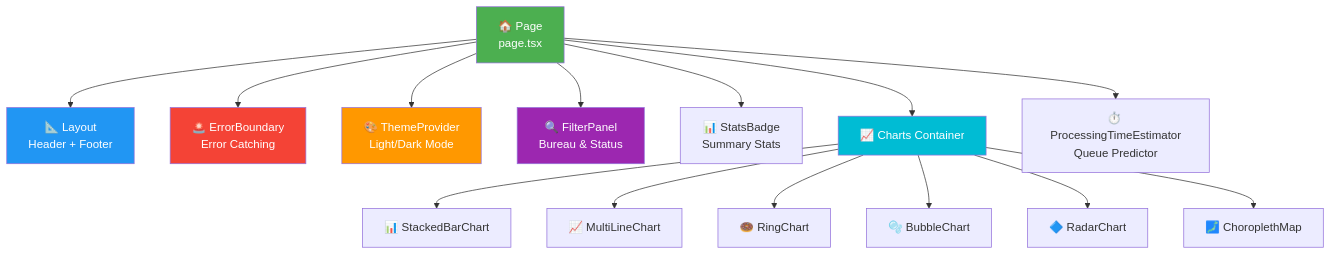
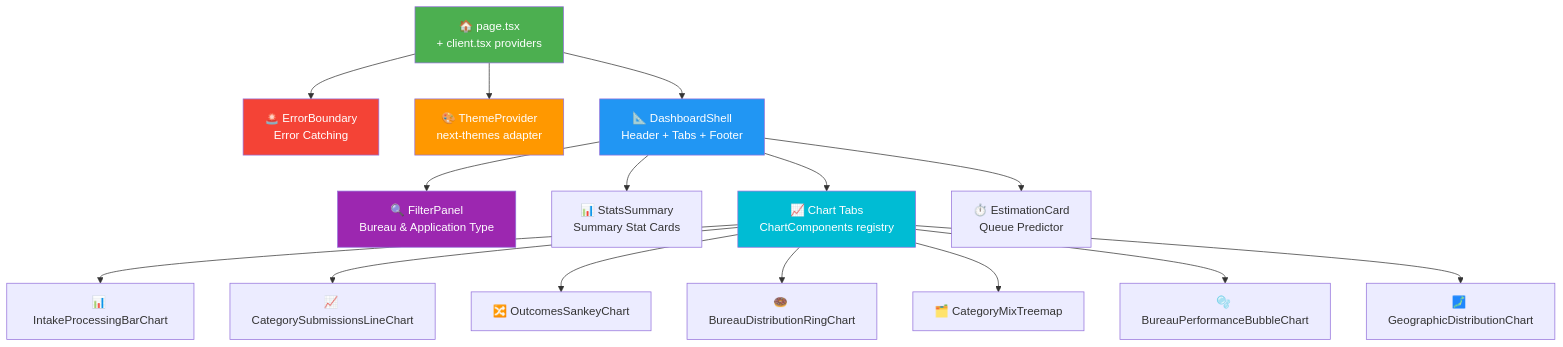
The sixth of 16 diagrams in ARCHITECTURE.md (RetroHazard/JP_Immigration_Dashboard), drawn with Mermaid before and after one commit. The commit also changed other lines of this file and 1 other file, not shown here.

First line of the commit message:
Bring ARCHITECTURE.md and DEVELOPMENT.md up to date with the Civic Glass rebuild

````diff
--- a/ARCHITECTURE.md
+++ b/ARCHITECTURE.md
@@ -153,26 +162,28 @@
 ```mermaid
 graph TD
-    APP["🏠 Page<br/>page.tsx"]
+    APP["🏠 page.tsx<br/>+ client.tsx providers"]
     
-    APP --> LAYOUT["📐 Layout<br/>Header + Footer"]
     APP --> ERROR["🚨 ErrorBoundary<br/>Error Catching"]
-    APP --> THEME["🎨 ThemeProvider<br/>Light/Dark Mode"]
-    APP --> FILTER["🔍 FilterPanel<br/>Bureau & Status"]
-    APP --> STATS["📊 StatsBadge<br/>Summary Stats"]
-    APP --> CHARTS["📈 Charts Container"]
-    APP --> ESTIMATOR["⏱️ ProcessingTimeEstimator<br/>Queue Predictor"]
+    APP --> THEME["🎨 ThemeProvider<br/>next-themes adapter"]
+    APP --> SHELL["📐 DashboardShell<br/>Header + Tabs + Footer"]
     
-    CHARTS --> STACKED["📊 StackedBarChart"]
-    CHARTS --> MULTILINE["📈 MultiLineChart"]
-    CHARTS --> RING["🍩 RingChart"]
-    CHARTS --> BUBBLE["🫧 BubbleChart"]
-    CHARTS --> RADAR["🔷 RadarChart"]
-    CHARTS --> MAP["🗾 ChoroplethMap"]
+    SHELL --> FILTER["🔍 FilterPanel<br/>Bureau & Application Type"]
+    SHELL --> STATS["📊 StatsSummary<br/>Summary Stat Cards"]
+    SHELL --> CHARTS["📈 Chart Tabs<br/>ChartComponents registry"]
+    SHELL --> ESTIMATOR["⏱️ EstimationCard<br/>Queue Predictor"]
+    
+    CHARTS --> INTAKE["📊 IntakeProcessingBarChart"]
+    CHARTS --> TYPES["📈 CategorySubmissionsLineChart"]
+    CHARTS --> OUTCOMES["🔀 OutcomesSankeyChart"]
+    CHARTS --> SHARE["🍩 BureauDistributionRingChart"]
+    CHARTS --> MIX["🗂️ CategoryMixTreemap"]
+    CHARTS --> EFFICIENCY["🫧 BureauPerformanceBubbleChart"]
+    CHARTS --> MAP["🗾 GeographicDistributionChart"]
     
     style APP fill:#4CAF50,color:#fff
-    style LAYOUT fill:#2196F3,color:#fff
+    style SHELL fill:#2196F3,color:#fff
     style ERROR fill:#F44336,color:#fff
     style THEME fill:#FF9800,color:#fff
     style FILTER fill:#9C27B0,color:#fff
     style CHARTS fill:#00BCD4,color:#fff
 ```
````
